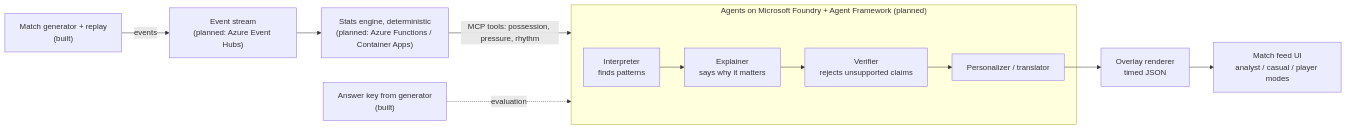
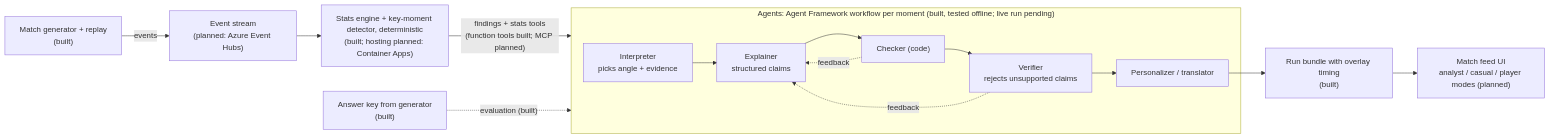
Before and after one commit to rahmanshah/pitchside-developer-hackathon: the diagram in docs/ARCHITECTURE.md, drawn with Mermaid. The commit also changed other lines of this file, not shown here.

First line of the commit message:
Update the architecture doc for the built agents

````diff
--- a/docs/ARCHITECTURE.md
+++ b/docs/ARCHITECTURE.md
@@ -5,14 +5,17 @@
 ```mermaid
 flowchart LR
     G["Match generator + replay<br/>(built)"] -->|events| B["Event stream<br/>(planned: Azure Event Hubs)"]
-    B --> S["Stats engine, deterministic<br/>(planned: Azure Functions / Container Apps)"]
-    S -->|"MCP tools: possession, pressure, rhythm"| A
-    subgraph A["Agents on Microsoft Foundry + Agent Framework (planned)"]
-        I["Interpreter<br/>finds patterns"] --> E["Explainer<br/>says why it matters"]
-        E --> V["Verifier<br/>rejects unsupported claims"]
+    B --> S["Stats engine + key-moment detector, deterministic<br/>(built; hosting planned: Container Apps)"]
+    S -->|"findings + stats tools<br/>(function tools built; MCP planned)"| A
+    subgraph A["Agents: Agent Framework workflow per moment (built, tested offline; live run pending)"]
+        I["Interpreter<br/>picks angle + evidence"] --> E["Explainer<br/>structured claims"]
+        E --> C["Checker (code)"]
+        C --> V["Verifier<br/>rejects unsupported claims"]
         V --> P["Personalizer / translator"]
+        C -. feedback .-> E
+        V -. feedback .-> E
     end
-    P --> R["Overlay renderer<br/>timed JSON"]
-    R --> UI["Match feed UI<br/>analyst / casual / player modes"]
-    K["Answer key from generator<br/>(built)"] -.->|evaluation| A
+    P --> R["Run bundle with overlay timing<br/>(built)"]
+    R --> UI["Match feed UI<br/>analyst / casual / player modes (planned)"]
+    K["Answer key from generator<br/>(built)"] -.->|"evaluation (built)"| A
 ```
````
